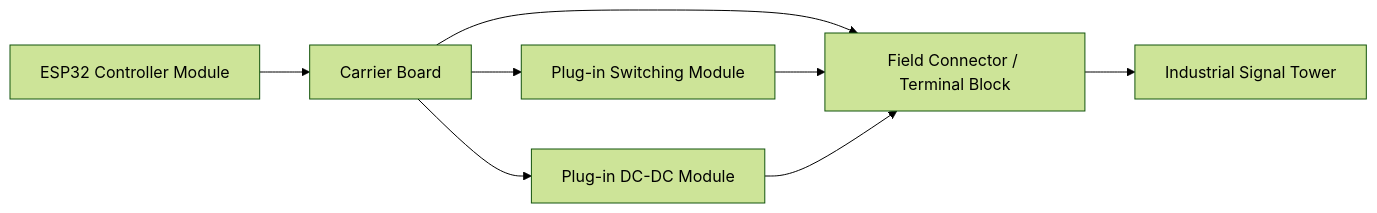
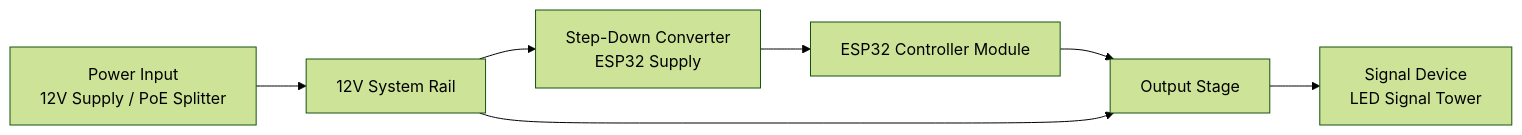
Before and after one commit to Apollonike/esp32-industrial-signal-tower: the diagram in docs/hardware_architecture.md, drawn with Mermaid (forest theme). The commit also changed other lines of this file, not shown here.

First line of the commit message:
Revise hardware architecture doc and diagram

````diff
--- a/docs/hardware_architecture.md
+++ b/docs/hardware_architecture.md
@@ -45,10 +45,9 @@
-```mermaid
+``` mermaid
 flowchart LR
-    A[ESP32 Controller Module] --> B[Carrier Board]
-    B --> C[Plug-in Switching Module]
-    B --> D[Plug-in DC-DC Module]
-    B --> E[Field Connector / Terminal Block]
-    C --> E
-    D --> E
-    E --> F[Industrial Signal Tower]
+    A[Power Input<br/>12V Supply / PoE Splitter] --> B[12V System Rail]
+    B --> C[Step-Down Converter<br/>ESP32 Supply]
+    C --> D[ESP32 Controller Module]
+    D --> E[Output Stage]
+    B --> E
+    E --> F[Signal Device<br/>LED Signal Tower]
 ```
````
